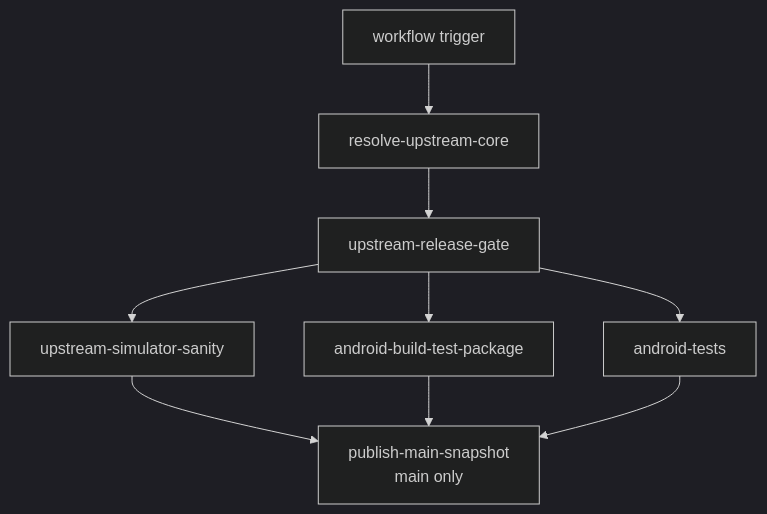
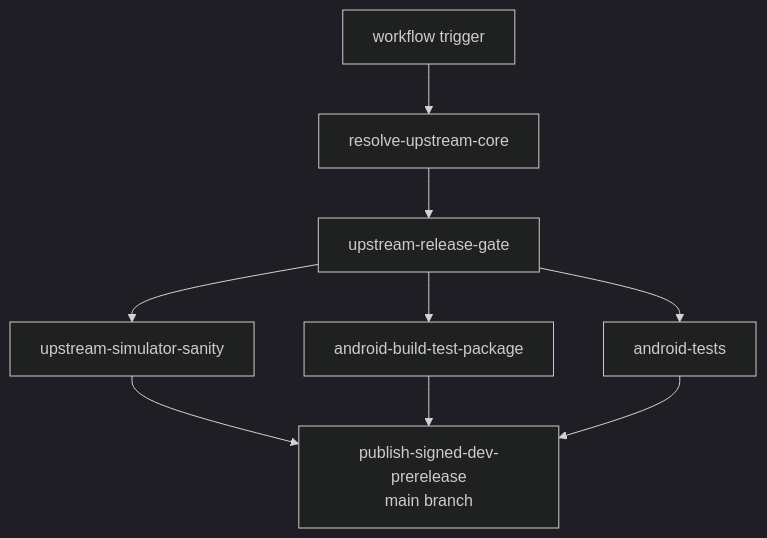
One commit to ppigazzini/r47zen changed the first of 2 diagrams in android/docs/dev/70-ci-and-release-workflow.md. Above: the diagram before and after it, drawn with Mermaid (dark theme). The commit also changed other lines of this file and 15 other files, not shown here.

First line of the commit message:
feat(ci,android): ship signed dev prerelease and cache all build lanes

````diff
--- a/android/docs/dev/70-ci-and-release-workflow.md
+++ b/android/docs/dev/70-ci-and-release-workflow.md
@@ -18,18 +18,18 @@
 ```mermaid
 flowchart TD
   A[workflow trigger]
   B[resolve-upstream-core]
   C[upstream-release-gate]
   D[upstream-simulator-sanity]
   E[android-build-test-package]
   F[android-tests]
-  G[publish-main-snapshot<br/>main only]
+  G[publish-signed-dev-prerelease<br/>main branch]
 
   A --> B --> C
   C --> D
   C --> E
   C --> F
   D --> G
   E --> G
   F --> G
 ```
````
